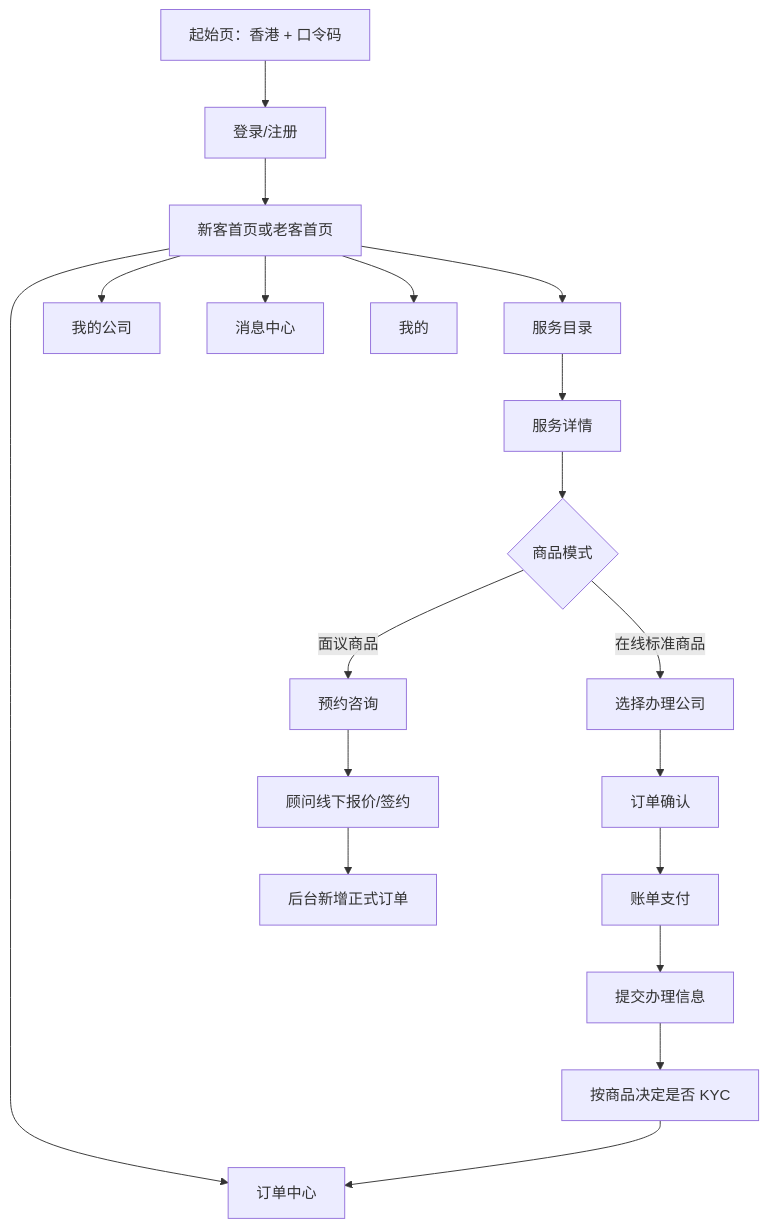
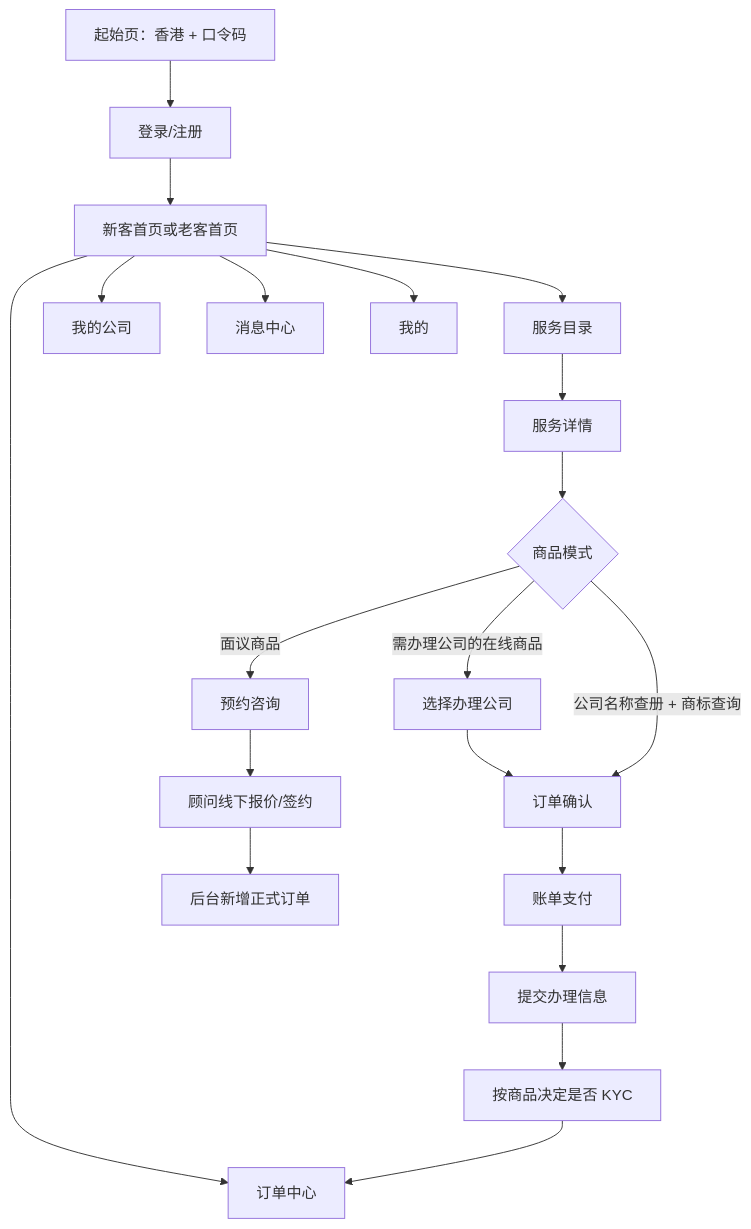
Before and after one commit to xiahan3/leapex_Leapexbiz: the first of 3 diagrams in docs/PRD_小程序完整版_v1.0.md, drawn with Mermaid. The commit also changed other lines of this file and 6 other files, not shown here.

````diff
--- a/docs/PRD_小程序完整版_v1.0.md
+++ b/docs/PRD_小程序完整版_v1.0.md
@@ -105,21 +105,22 @@
 ```mermaid
 flowchart TD
     A["起始页：香港 + 口令码"] --> B["登录/注册"]
     B --> C["新客首页或老客首页"]
     C --> D["服务目录"]
     C --> E["我的公司"]
     C --> F["订单中心"]
     C --> G["消息中心"]
     C --> H["我的"]
     D --> I["服务详情"]
     I --> J{"商品模式"}
-    J -->|在线标准商品| K["选择办理公司"]
+    J -->|需办理公司的在线商品| K["选择办理公司"]
     K --> L["订单确认"]
+    J -->|公司名称查册 + 商标查询| L
     L --> M["账单支付"]
     M --> N["提交办理信息"]
     N --> O["按商品决定是否 KYC"]
     O --> F
     J -->|面议商品| P["预约咨询"]
     P --> Q["顾问线下报价/签约"]
     Q --> R["后台新增正式订单"]
 ```
````
